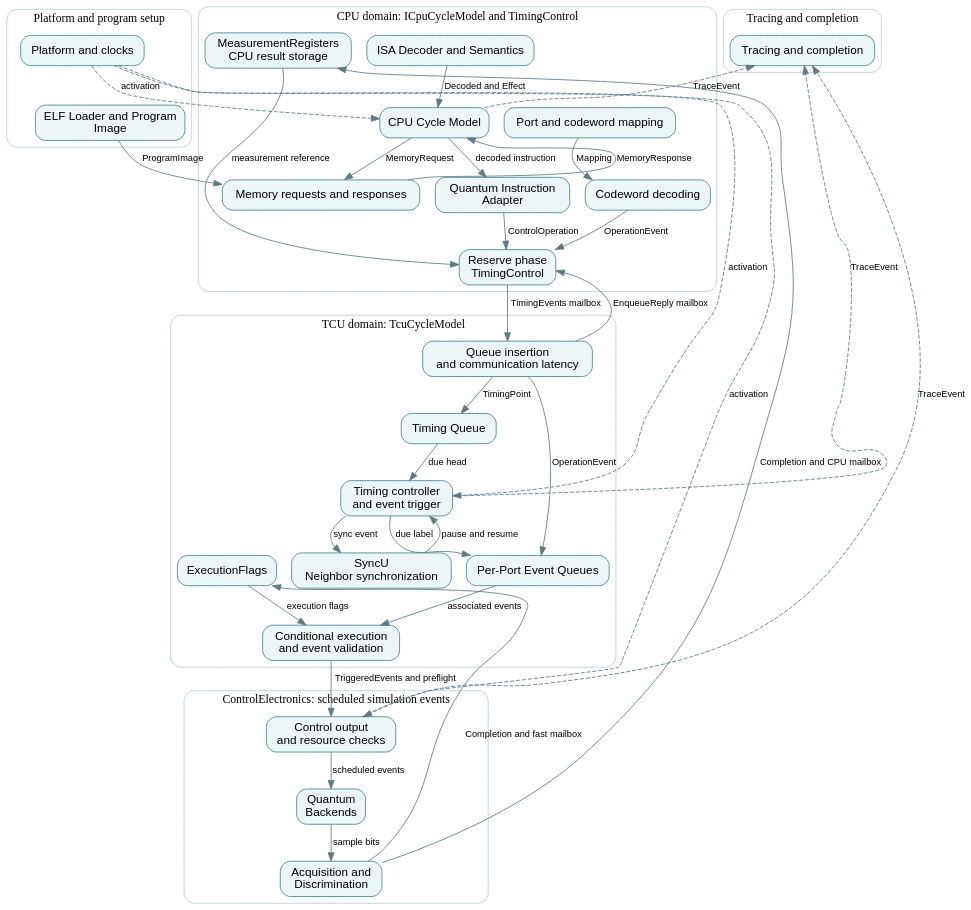
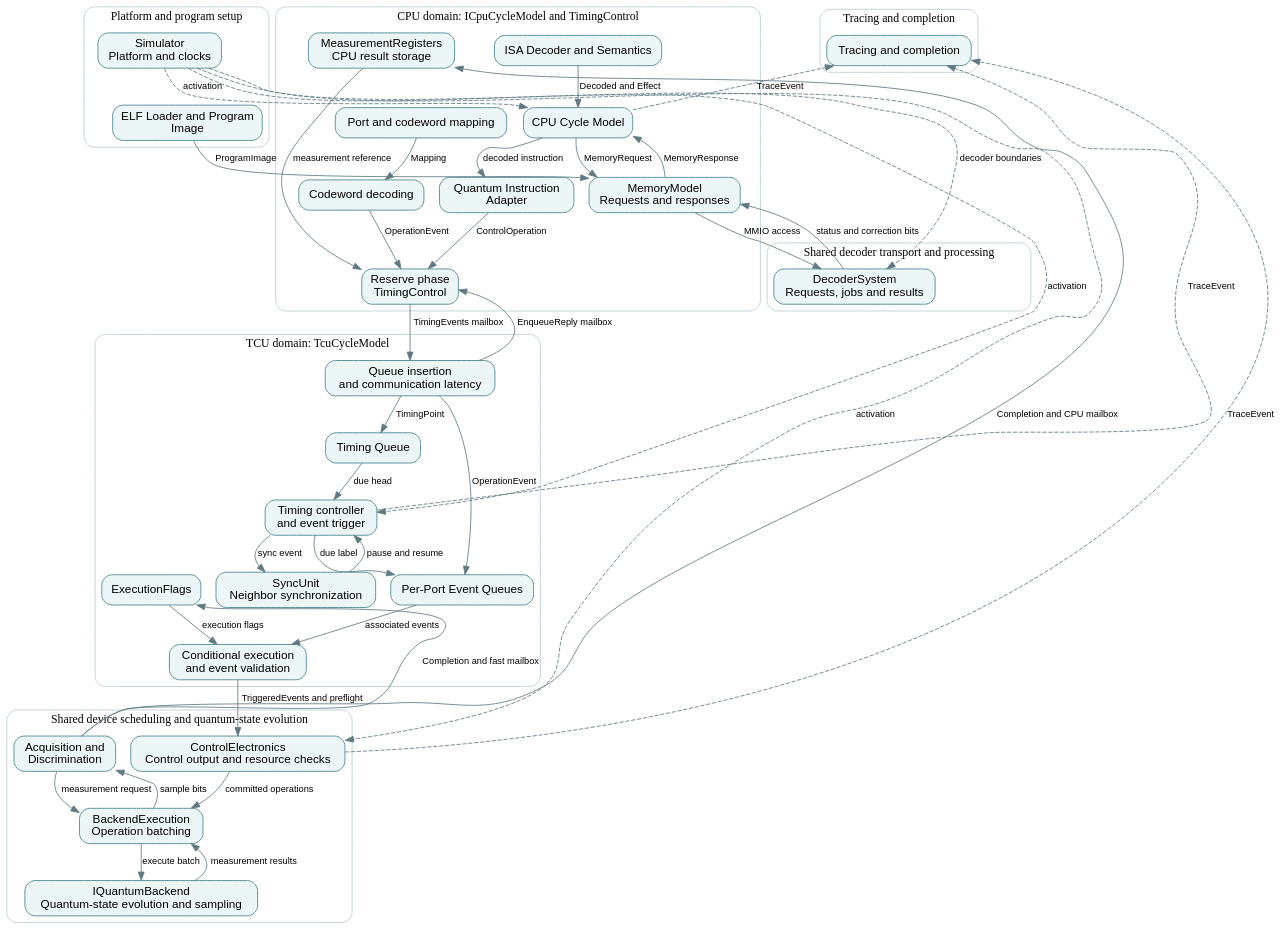
Before and after one commit to qsbit-org/qsbit-sim: the diagram in docs/implementation.dot, drawn with Graphviz. The commit also changed 30 other files, not shown here.

```diff
--- a/docs/implementation.dot
+++ b/docs/implementation.dot
@@ -1,66 +1,76 @@
 digraph implementation {
   graph [rankdir=TB, newrank=true, bgcolor="transparent", pad=0.2, nodesep=0.25, ranksep=0.45, compound=true];
   node [shape=box, style="rounded,filled", fillcolor="#edf6f7", color="#43818a", fontname="sans-serif", fontsize=14, margin="0.12,0.08", target="_top"];
   edge [color="#607a83", fontname="sans-serif", fontsize=11];
   subgraph cluster_setup { label="Platform and program setup"; color="#bacdd2"; style="rounded";
-    m0 [label="Platform and clocks", href="modules/platform-and-clock-adapter.html", id="module-platform-and-clock-adapter"];
+    m0 [label="Simulator\nPlatform and clocks", href="modules/platform-and-clocks.html", id="module-platform-and-clocks"];
     m1 [label="ELF Loader and Program\nImage", href="modules/elf-loader-and-program-image.html", id="module-elf-loader-and-program-image"];
   }
   subgraph cluster_cpu { label="CPU domain: ICpuCycleModel and TimingControl"; color="#bacdd2"; style="rounded";
     m2 [label="ISA Decoder and Semantics", href="modules/isa-decoder-and-semantics.html", id="module-isa-decoder-and-semantics"];
     m3 [label="CPU Cycle Model", href="modules/cpu-cycle-model.html", id="module-cpu-cycle-model"];
-    m4 [label="Memory requests and responses", href="modules/memory-and-response-model.html", id="module-memory-and-response-model"];
+    m4 [label="MemoryModel\nRequests and responses", href="modules/memory-and-response-model.html", id="module-memory-and-response-model"];
     m5 [label="Quantum Instruction\nAdapter", href="modules/quantum-instruction-adapter.html", id="module-quantum-instruction-adapter"];
-    m13 [label="Port and codeword mapping", href="modules/port-codeword-and-waveform-map.html", id="module-port-codeword-and-waveform-map"];
+    m13 [label="Port and codeword mapping", href="modules/port-codeword-mapping.html", id="module-port-codeword-mapping"];
     m6 [label="Codeword decoding", href="modules/codeword-decoding.html", id="module-codeword-decoding"];
     m7 [label="Reserve phase\nTimingControl", href="modules/reserve-phase.html", id="module-reserve-phase"];
     m17 [label="MeasurementRegisters\nCPU result storage", href="modules/measurement-registers.html", id="module-measurement-registers"];
   }
   subgraph cluster_tcu { label="TCU domain: TcuCycleModel"; color="#bacdd2"; style="rounded";
     m8 [label="Queue insertion\nand communication latency", href="modules/queue-enqueue.html", id="module-queue-enqueue"];
     m9 [label="Timing Queue", href="modules/timing-queue.html", id="module-timing-queue"];
     m10 [label="Per-Port Event Queues", href="modules/per-port-event-queues.html", id="module-per-port-event-queues"];
     m11 [label="Timing controller\nand event trigger", href="modules/timing-controller.html", id="module-timing-controller"];
     m12 [label="Conditional execution\nand event validation", href="modules/conditional-execution.html", id="module-conditional-execution"];
     m18 [label="ExecutionFlags", href="modules/execution-flags.html", id="module-execution-flags"];
-    m20 [label="SyncU\nNeighbor synchronization", href="modules/synchronization.html", id="module-synchronization"];
+    m20 [label="SyncUnit\nNeighbor synchronization", href="modules/synchronization.html", id="module-synchronization"];
   }
-  subgraph cluster_device { label="ControlElectronics: scheduled simulation events"; color="#bacdd2"; style="rounded";
-    m14 [label="Control output\nand resource checks", href="modules/control-output.html", id="module-control-output"];
-    m15 [label="Quantum\nBackends", href="modules/quantum-device-model.html", id="module-quantum-device-model"];
+  subgraph cluster_decoder { label="Shared decoder transport and processing"; color="#bacdd2"; style="rounded";
+    m22 [label="DecoderSystem\nRequests, jobs and results", href="modules/decoder-transport-and-processing.html", id="module-decoder-transport-and-processing"];
+  }
+  subgraph cluster_device { label="Shared device scheduling and quantum-state evolution"; color="#bacdd2"; style="rounded";
+    m14 [label="ControlElectronics\nControl output and resource checks", href="modules/control-output.html", id="module-control-output"];
+    m21 [label="BackendExecution\nOperation batching", href="modules/quantum-device-model.html", id="backend-execution"];
+    m15 [label="IQuantumBackend\nQuantum-state evolution and sampling", href="modules/quantum-device-model.html", id="module-quantum-device-model"];
     m16 [label="Acquisition and\nDiscrimination", href="modules/acquisition-and-discrimination.html", id="module-acquisition-and-discrimination"];
   }
   subgraph cluster_lifecycle { label="Tracing and completion"; color="#bacdd2"; style="rounded";
-    m19 [label="Tracing and completion", href="modules/trace-recorder-and-stop-controller.html", id="module-trace-recorder-and-stop-controller"];
+    m19 [label="Tracing and completion", href="modules/tracing-and-completion.html", id="module-tracing-and-completion"];
   }
   m1 -> m4 [label="ProgramImage"];
   m4 -> m3 [constraint=false, label="MemoryResponse"];
   m3 -> m4 [label="MemoryRequest"];
+  m4 -> m22 [label="MMIO access"];
+  m22 -> m4 [constraint=false, label="status and correction bits"];
   m2 -> m3 [label="Decoded and Effect"];
   m3 -> m5 [label="decoded instruction"];
   m5 -> m7 [label="ControlOperation"];
   m13 -> m6 [label="Mapping"];
   m6 -> m7 [label="OperationEvent"];
   m7 -> m8 [label="TimingEvents mailbox"];
   m8 -> m7 [constraint=false, label="EnqueueReply mailbox"];
   m8 -> m9 [label="TimingPoint"];
   m8 -> m10 [label="OperationEvent"];
   m9 -> m11 [label="due head"];
   m11 -> m10 [label="due label"];
   m10 -> m12 [label="associated events"];
   m18 -> m12 [label="execution flags"];
   m12 -> m14 [label="TriggeredEvents and preflight"];
-  m14 -> m15 [label="scheduled events"];
-  m15 -> m16 [label="sample bits"];
+  m14 -> m21 [label="committed operations"];
+  m16 -> m21 [label="measurement request"];
+  m21 -> m15 [label="execute batch"];
+  m15 -> m21 [constraint=false, label="measurement results"];
+  m21 -> m16 [constraint=false, label="sample bits"];
   m16 -> m17 [constraint=false, label="Completion and CPU mailbox"];
   m16 -> m18 [constraint=false, label="Completion and fast mailbox"];
   m17 -> m7 [constraint=false, label="measurement reference"];
   m11 -> m20 [label="sync event"];
   m20 -> m11 [constraint=false, label="pause and resume"];
   m0 -> m3 [style=dashed, constraint=false, label="activation"];
   m0 -> m11 [style=dashed, constraint=false, label="activation"];
   m0 -> m14 [style=dashed, constraint=false, label="activation"];
+  m0 -> m22 [style=dashed, constraint=false, label="decoder boundaries"];
   m3 -> m19 [style=dashed, constraint=false, label="TraceEvent"];
   m11 -> m19 [style=dashed, constraint=false, label="TraceEvent"];
   m14 -> m19 [style=dashed, constraint=false, label="TraceEvent"];
 }
```
